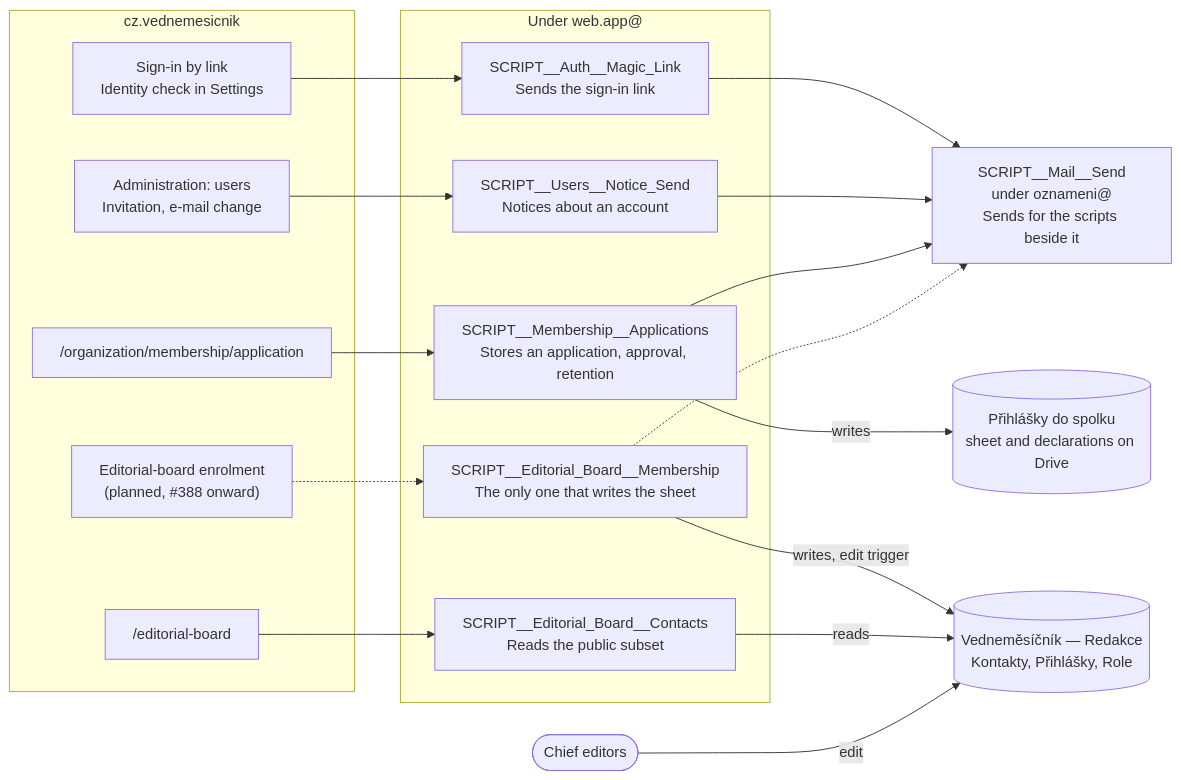
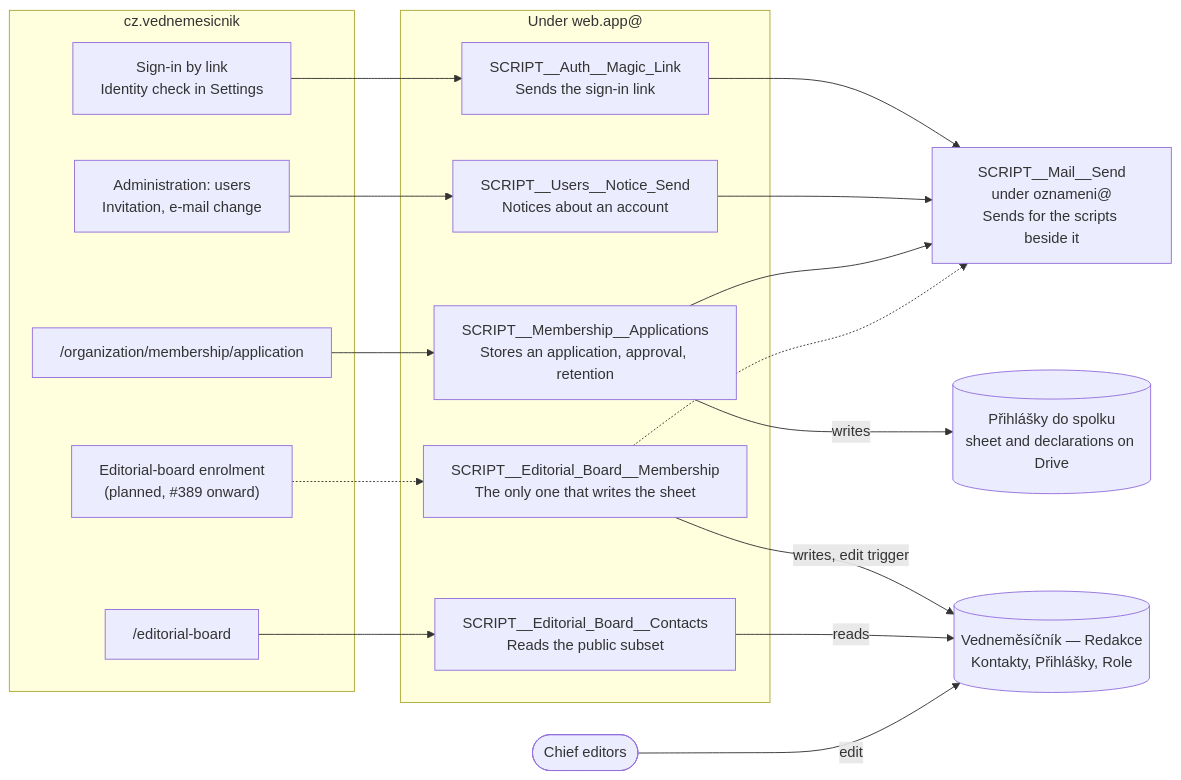
One commit to vednemesicnik/cz.vednemesicnik changed the diagram in docs/_apps-script-web-apps.md. Above: the diagram before and after it, drawn with Mermaid. The commit also changed other lines of this file and 15 other files, not shown here.

First line of the commit message:
feat(gas): signed write actions on the editorial-board membership project (#941)

````diff
--- a/docs/_apps-script-web-apps.md
+++ b/docs/_apps-script-web-apps.md
@@ -8,38 +8,38 @@
 ```mermaid
 flowchart LR
   subgraph web["cz.vednemesicnik"]
     signIn["Sign-in by link<br/>Identity check in Settings"]
     users["Administration: users<br/>Invitation, e-mail change"]
     application["/organization/membership/application"]
-    enrolment["Editorial-board enrolment<br/>(planned, #388 onward)"]
+    enrolment["Editorial-board enrolment<br/>(planned, #389 onward)"]
     board["/editorial-board"]
   end
 
   subgraph scripts["Under web.app@"]
     magicLink["SCRIPT__Auth__Magic_Link<br/>Sends the sign-in link"]
     usersNotice["SCRIPT__Users__Notice_Send<br/>Notices about an account"]
     membershipApplications["SCRIPT__Membership__Applications<br/>Stores an application, approval, retention"]
     boardMembership["SCRIPT__Editorial_Board__Membership<br/>The only one that writes the sheet"]
     contacts["SCRIPT__Editorial_Board__Contacts<br/>Reads the public subset"]
   end
 
   mailer["SCRIPT__Mail__Send<br/>under oznameni@<br/>Sends for the scripts beside it"]
   membershipStore[("Přihlášky do spolku<br/>sheet and declarations on Drive")]
   editorialSheet[("Vedneměsíčník — Redakce<br/>Kontakty, Přihlášky, Role")]
   chiefEditors(["Chief editors"])
 
   signIn --> magicLink
   users --> usersNotice
   application --> membershipApplications
   enrolment -.-> boardMembership
   board --> contacts
 
   magicLink --> mailer
   usersNotice --> mailer
   membershipApplications --> mailer
   membershipApplications -->|writes| membershipStore
   boardMembership -.-> mailer
   boardMembership -->|"writes, edit trigger"| editorialSheet
   contacts -->|reads| editorialSheet
   chiefEditors -->|edit| editorialSheet
 ```
````
